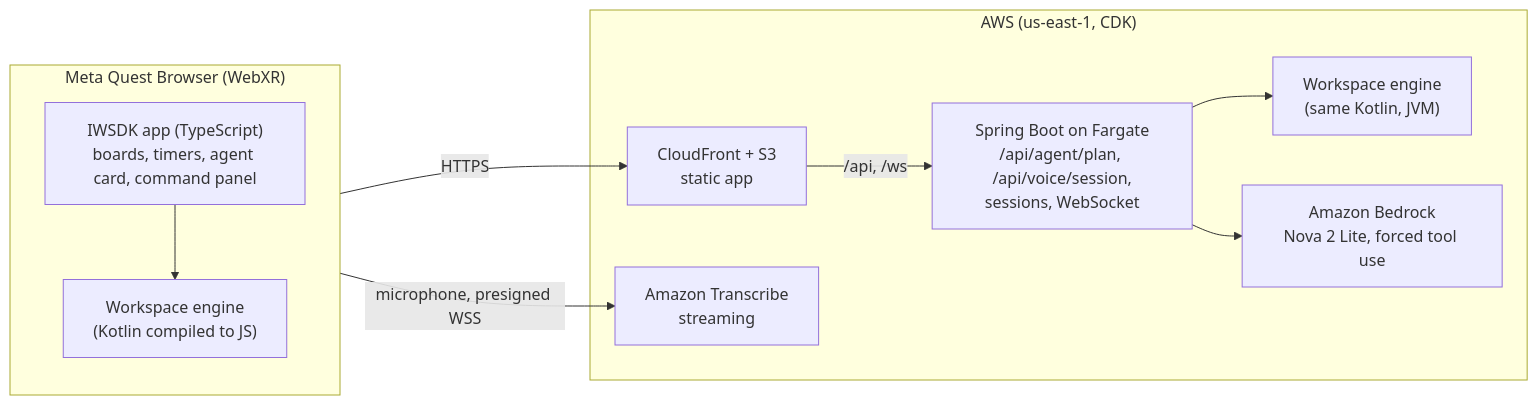
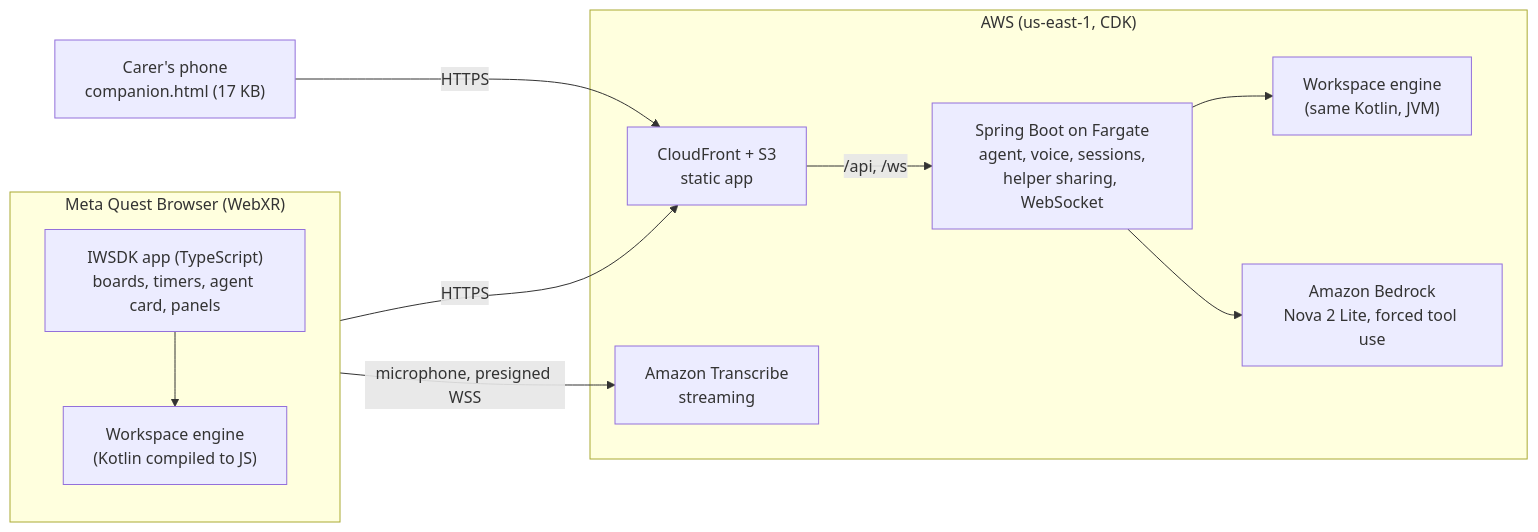
Before and after one commit to tapaderuza/spatialdesk: the diagram in README.md, drawn with Mermaid. The commit also changed other lines of this file and 21 other files, not shown here.

````diff
--- a/README.md
+++ b/README.md
@@ -155,20 +150,22 @@
 ```mermaid
 flowchart LR
   subgraph Quest["Meta Quest Browser (WebXR)"]
-    App["IWSDK app (TypeScript)<br/>boards, timers, agent card, command panel"]
+    App["IWSDK app (TypeScript)<br/>boards, timers, agent card, panels"]
     Engine1["Workspace engine<br/>(Kotlin compiled to JS)"]
     App --> Engine1
   end
+  Phone["Carer's phone<br/>companion.html (17 KB)"]
   subgraph AWS["AWS (us-east-1, CDK)"]
     CF["CloudFront + S3<br/>static app"]
-    API["Spring Boot on Fargate<br/>/api/agent/plan, /api/voice/session,<br/>sessions, WebSocket"]
+    API["Spring Boot on Fargate<br/>agent, voice, sessions,<br/>helper sharing, WebSocket"]
     Engine2["Workspace engine<br/>(same Kotlin, JVM)"]
     Bedrock["Amazon Bedrock<br/>Nova 2 Lite, forced tool use"]
     Transcribe["Amazon Transcribe<br/>streaming"]
     API --> Engine2
     API --> Bedrock
   end
   Quest -- HTTPS --> CF
+  Phone -- HTTPS --> CF
   CF -- "/api, /ws" --> API
   Quest -- "microphone, presigned WSS" --> Transcribe
 ```
````
